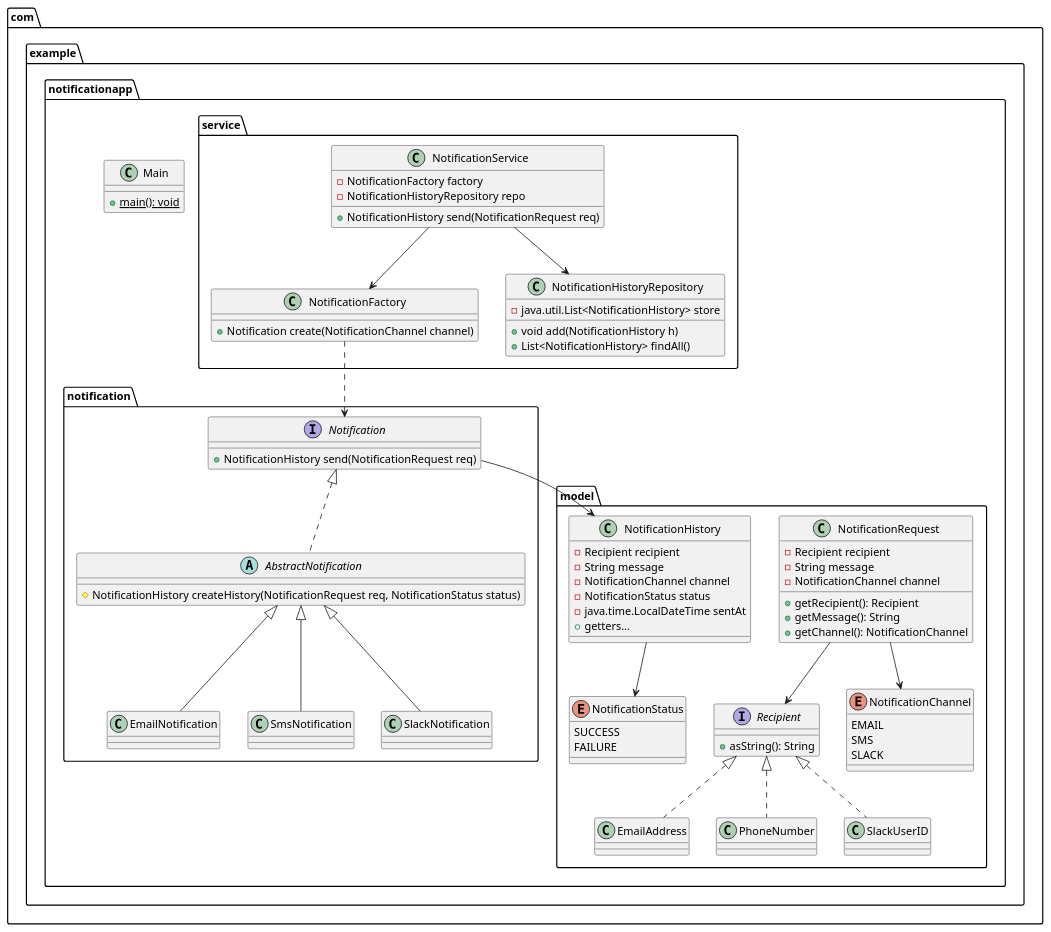
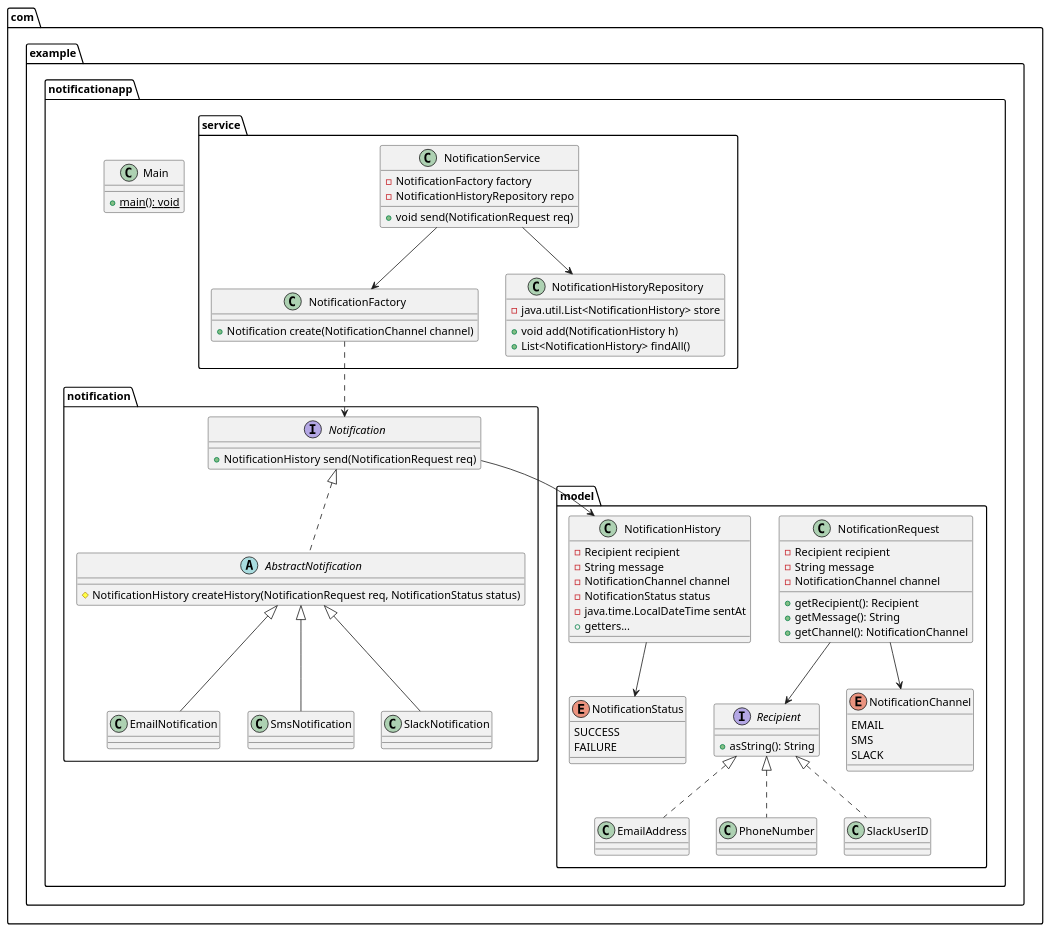
Before and after one commit to tri-shtr/notification-app: the diagram in docs/fig/class_diagram.puml, drawn with PlantUML. The commit also changed 1 other file, not shown here.

```diff
--- a/docs/fig/class_diagram.puml
+++ b/docs/fig/class_diagram.puml
@@ -1,105 +1,105 @@
 @startuml
 package com {
   package example {
     package notificationapp {
 
         class Main {
         {static} + main(): void
         }
 
         package model {
             class NotificationRequest {
                 - Recipient recipient
                 - String message
                 - NotificationChannel channel
                 + getRecipient(): Recipient
                 + getMessage(): String
                 + getChannel(): NotificationChannel
             }
 
             interface Recipient {
                 + asString(): String
             }
             class EmailAddress
             class PhoneNumber
             class SlackUserID
 
             enum NotificationChannel {
                 EMAIL
                 SMS
                 SLACK
             }
 
             class NotificationHistory {
                 - Recipient recipient
                 - String message
                 - NotificationChannel channel
                 - NotificationStatus status
                 - java.time.LocalDateTime sentAt
                 + getters...
             }
 
             enum NotificationStatus {
                 SUCCESS
                 FAILURE
             }
         }
 
         package notification {
             interface Notification {
                 + NotificationHistory send(NotificationRequest req)
             }
 
             abstract class AbstractNotification {
                 # NotificationHistory createHistory(NotificationRequest req, NotificationStatus status)
             }
 
             class EmailNotification
             class SmsNotification
             class SlackNotification
 
         }
 
         package service {
             class NotificationFactory {
                 + Notification create(NotificationChannel channel)
             }
 
             class NotificationService {
                 - NotificationFactory factory
                 - NotificationHistoryRepository repo
-                + NotificationHistory send(NotificationRequest req)
+                + void send(NotificationRequest req)
             }
 
             class NotificationHistoryRepository {
                 - java.util.List<NotificationHistory> store
                 + void add(NotificationHistory h)
                 + List<NotificationHistory> findAll()
             }
         }
 
     }
 
 
   }
 
 }
 
 com.example.notificationapp.model.NotificationRequest --> com.example.notificationapp.model.Recipient
 com.example.notificationapp.model.Recipient <|.. com.example.notificationapp.model.EmailAddress
 com.example.notificationapp.model.Recipient <|.. com.example.notificationapp.model.PhoneNumber
 com.example.notificationapp.model.Recipient <|.. com.example.notificationapp.model.SlackUserID
 
 com.example.notificationapp.notification.Notification <|.. com.example.notificationapp.notification.AbstractNotification
 com.example.notificationapp.notification.AbstractNotification <|-- com.example.notificationapp.notification.EmailNotification
 com.example.notificationapp.notification.AbstractNotification <|-- com.example.notificationapp.notification.SmsNotification
 com.example.notificationapp.notification.AbstractNotification <|-- com.example.notificationapp.notification.SlackNotification
 
 com.example.notificationapp.service.NotificationService --> com.example.notificationapp.service.NotificationFactory
 com.example.notificationapp.service.NotificationService --> com.example.notificationapp.service.NotificationHistoryRepository
 com.example.notificationapp.service.NotificationFactory ..> com.example.notificationapp.notification.Notification
 com.example.notificationapp.notification.Notification --> com.example.notificationapp.model.NotificationHistory
 
 com.example.notificationapp.model.NotificationHistory --> com.example.notificationapp.model.NotificationStatus
 com.example.notificationapp.model.NotificationRequest --> com.example.notificationapp.model.NotificationChannel
 @enduml
```
